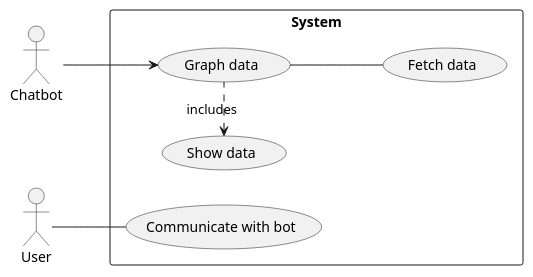
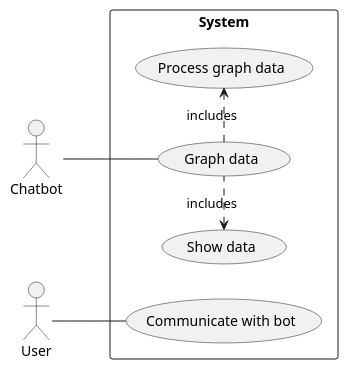
The diagram in Use_cases/Use_case_chatbot.puml (Ataches/MiCosecha_Design), drawn with PlantUML before and after one commit. The commit also changed 10 other files, not shown here.

Commit message:
fix: diagrams

```diff
--- a/Use_cases/Use_case_chatbot.puml
+++ b/Use_cases/Use_case_chatbot.puml
@@ -1,23 +1,23 @@
 @startuml
 'https://plantuml.com/use-case-diagram
 left to right direction
 skinparam packageStyle rect
 
 actor Chatbot as chat
 actor User as user
 
 package System{
     (Communicate with bot) as historic
 
     user -- historic
 
     (Graph data) as graph
     (Show data) as show_data
-    (Fetch data) as fetch
+    (Process graph data) as fetch
 
     show_data <. graph :includes
-    graph -- fetch
+    graph .> fetch :includes
 }
 
-chat --> graph
+chat -- graph
 @enduml
```
